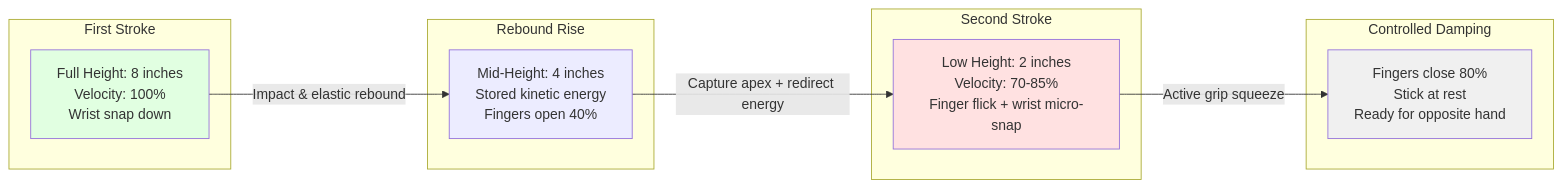
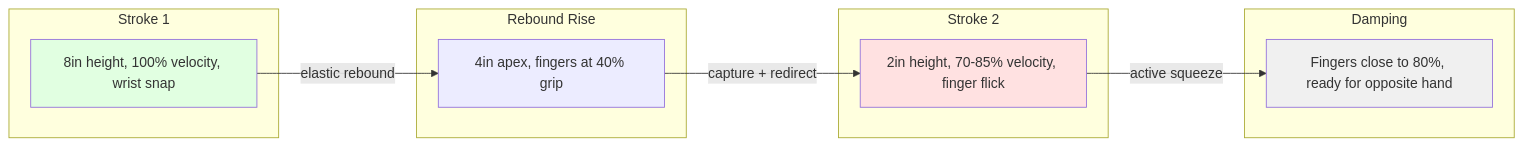
Before and after one commit to blebleblee/synapse: the third of 5 diagrams in topics/arts/music_performance/drums/lesson_02_four_limb_independence.md, drawn with Mermaid. The commit also changed other lines of this file and 2 other files, not shown here.

````diff
--- a/topics/arts/music_performance/drums/lesson_02_four_limb_independence.md
+++ b/topics/arts/music_performance/drums/lesson_02_four_limb_independence.md
@@ -194,26 +159,23 @@
 ```mermaid
 graph LR
-    subgraph sub_first ["First Stroke"]
-        first["Full Height: 8 inches<br/>Velocity: 100%<br/>Wrist snap down"]
+    subgraph sub_first ["Stroke 1"]
+        first["8in height, 100% velocity, wrist snap"]
     end
-    
     subgraph sub_rebound ["Rebound Rise"]
-        rebound["Mid-Height: 4 inches<br/>Stored kinetic energy<br/>Fingers open 40%"]
+        rebound["4in apex, fingers at 40% grip"]
     end
-    
-    subgraph sub_second ["Second Stroke"]
-        second["Low Height: 2 inches<br/>Velocity: 70-85%<br/>Finger flick + wrist micro-snap"]
+    subgraph sub_second ["Stroke 2"]
+        second["2in height, 70-85% velocity, finger flick"]
     end
-    
-    subgraph sub_rest ["Controlled Damping"]
-        rest["Fingers close 80%<br/>Stick at rest<br/>Ready for opposite hand"]
+    subgraph sub_rest ["Damping"]
+        rest["Fingers close to 80%, ready for opposite hand"]
     end
-    
-    first -->|"Impact & elastic rebound"| rebound
-    rebound -->|"Capture apex + redirect energy"| second
-    second -->|"Active grip squeeze"| rest
-    
+
+    first -->|"elastic rebound"| rebound
+    rebound -->|"capture + redirect"| second
+    second -->|"active squeeze"| rest
+
     style first fill:#e1ffe1
     style second fill:#ffe1e1
     style rest fill:#f0f0f0
 ```
````
